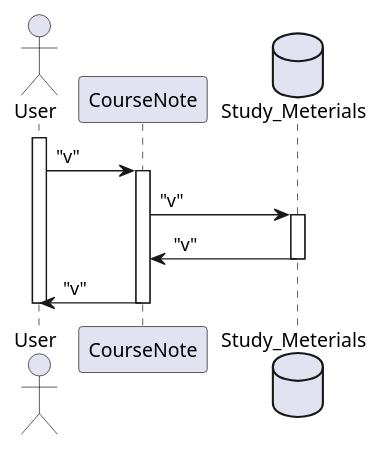
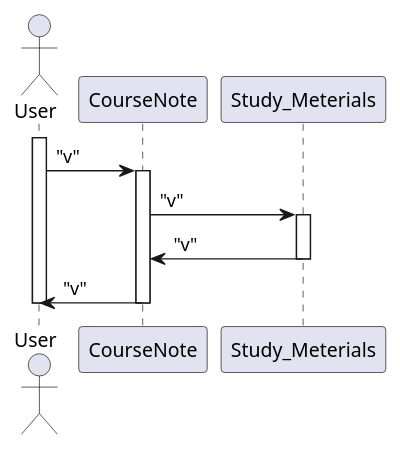
One commit to SergBirarov/academiq-final-project changed the diagram in ניהול חומרי למידה.puml. Above: the diagram before and after it, drawn with PlantUML. The commit also changed 4 other files, not shown here.

```diff
--- a/ניהול חומרי למידה.puml
+++ b/ניהול חומרי למידה.puml
@@ -1,16 +1,16 @@
 @startuml "ניהול חומרי למידה"
 Actor User
 participant GUI as "CourseNote"
-database Study_Meterials as "Study_Meterials"
+participant Study_Meterials as "Study_Meterials"
 
 activate User
 User->GUI: "v"
 activate GUI
 GUI->Study_Meterials: "v"
 activate Study_Meterials
 Study_Meterials->GUI: "v"
 deactivate Study_Meterials
 GUI->User: "v" 
 deactivate GUI
 deactivate User
 @enduml
```
